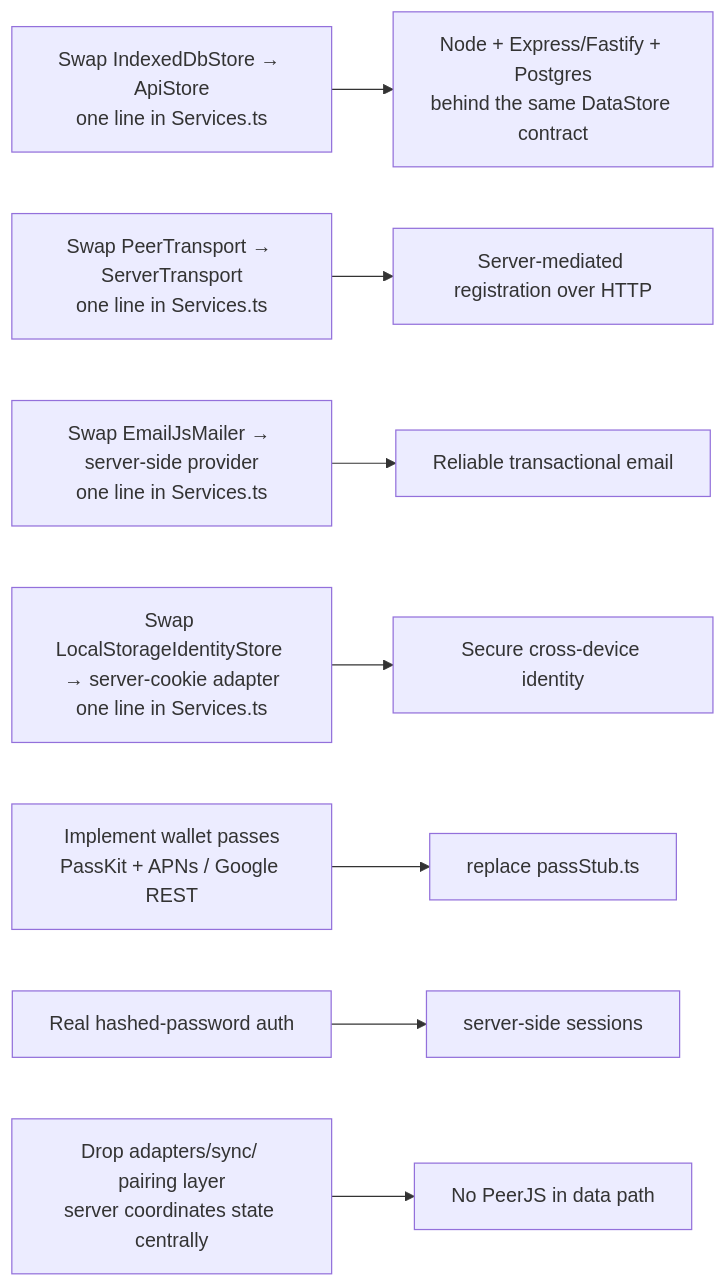
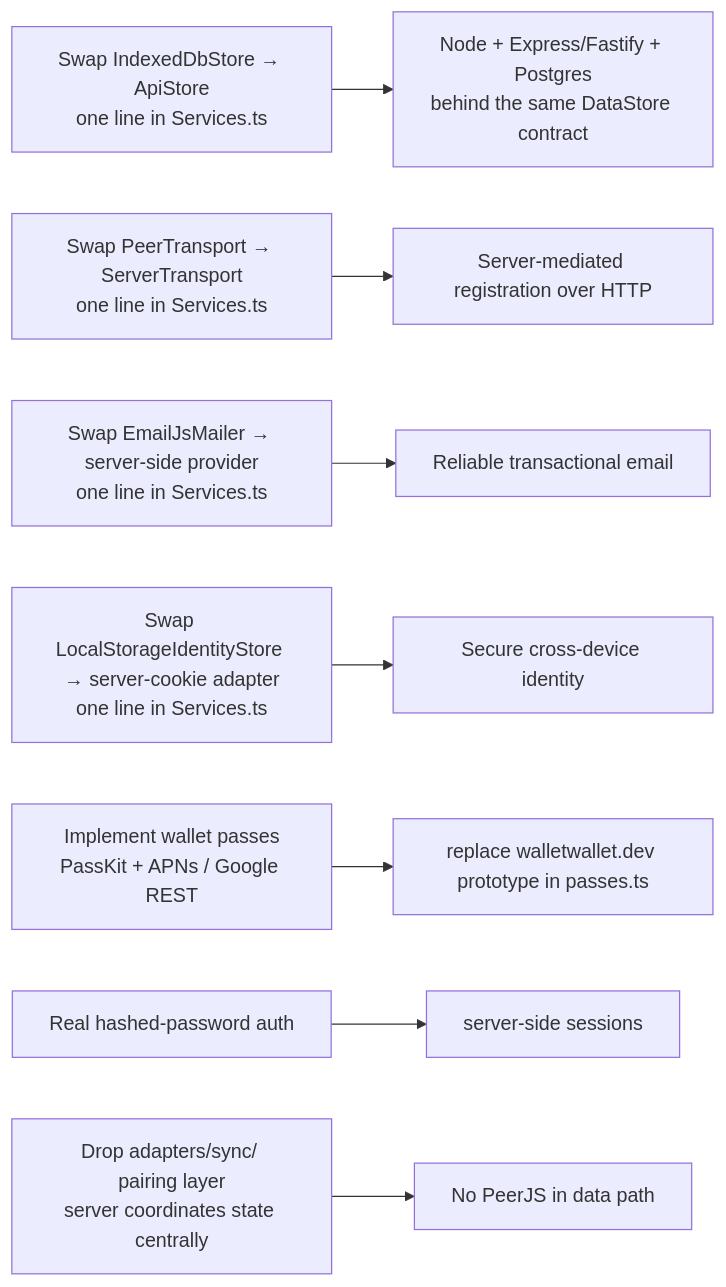
One commit to misch0n/loyalty-system changed the sixth of 6 diagrams in README.md. Above: the diagram before and after it, drawn with Mermaid. The commit also changed other lines of this file and 1 other file, not shown here.

First line of the commit message:
docs: Appendix B — wallet passes, B1 remember/forget, B2-B4, B6 visit-us, B7 sharing

````diff
--- a/README.md
+++ b/README.md
@@ -414,10 +428,10 @@
 ```mermaid
 flowchart LR
     A[Swap IndexedDbStore → ApiStore<br/>one line in Services.ts] --> B[Node + Express/Fastify + Postgres<br/>behind the same DataStore contract]
     C[Swap PeerTransport → ServerTransport<br/>one line in Services.ts] --> D[Server-mediated registration over HTTP]
     E[Swap EmailJsMailer → server-side provider<br/>one line in Services.ts] --> F[Reliable transactional email]
     G[Swap LocalStorageIdentityStore → server-cookie adapter<br/>one line in Services.ts] --> H[Secure cross-device identity]
-    I[Implement wallet passes<br/>PassKit + APNs / Google REST] --> J[replace passStub.ts]
+    I[Implement wallet passes<br/>PassKit + APNs / Google REST] --> J[replace walletwallet.dev prototype in passes.ts]
     K[Real hashed-password auth] --> L[server-side sessions]
     M[Drop adapters/sync/ pairing layer<br/>server coordinates state centrally] --> N[No PeerJS in data path]
 ```
````
